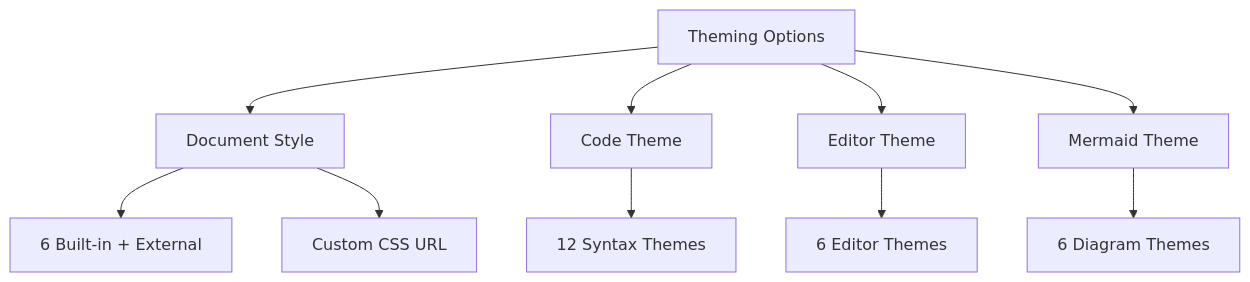
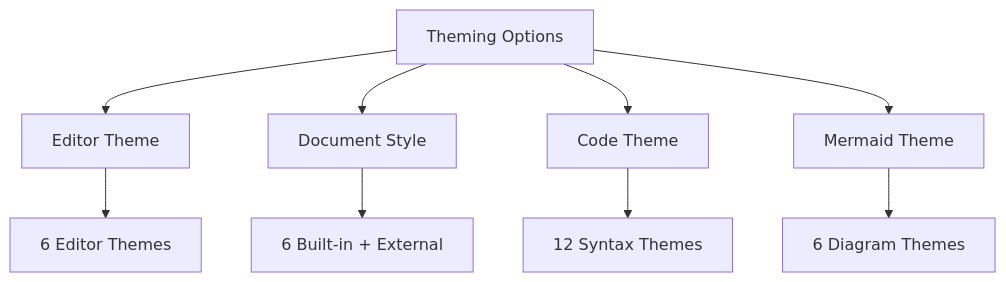
Before and after one commit to mickdarling/merdown: the first of 2 diagrams in docs/themes.md, drawn with Mermaid. The commit also changed other lines of this file and 4 other files, not shown here.

````diff
--- a/docs/themes.md
+++ b/docs/themes.md
@@ -9,13 +9,12 @@
 ```mermaid
 graph TD
-    A[Theming Options] --> B[Document Style]
-    A --> C[Code Theme]
-    A --> D[Editor Theme]
+    A[Theming Options] --> B[Editor Theme]
+    A --> C[Document Style]
+    A --> D[Code Theme]
     A --> E[Mermaid Theme]
 
-    B --> B1[6 Built-in + External]
-    B --> B2[Custom CSS URL]
-    C --> C1[12 Syntax Themes]
-    D --> D1[6 Editor Themes]
+    B --> B1[6 Editor Themes]
+    C --> C1[6 Built-in + External]
+    D --> D1[12 Syntax Themes]
     E --> E1[6 Diagram Themes]
 ```
````
